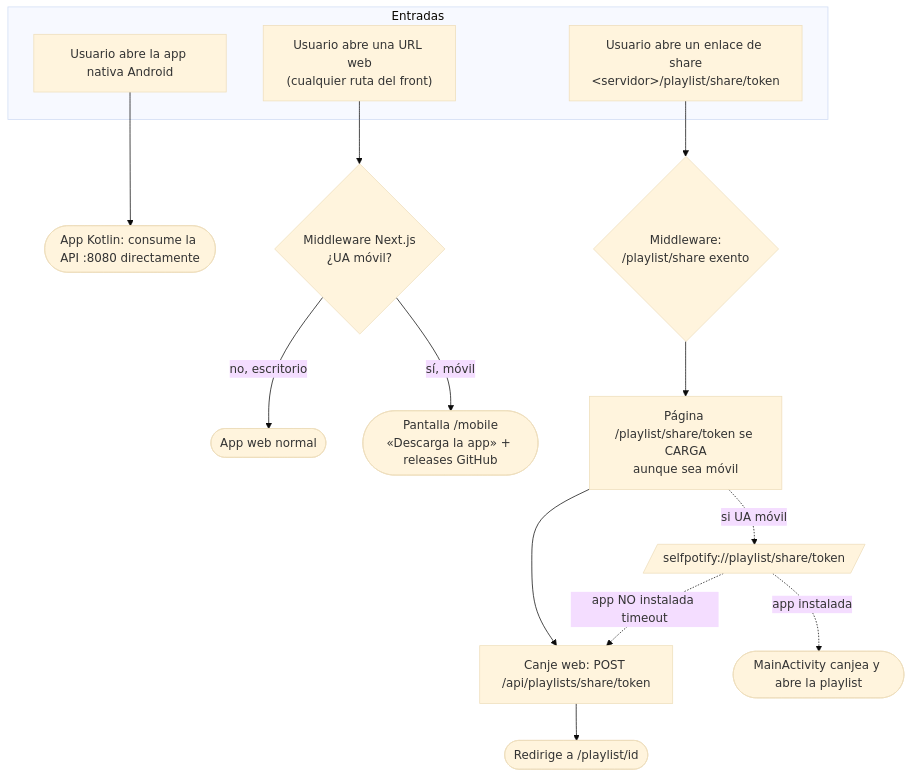
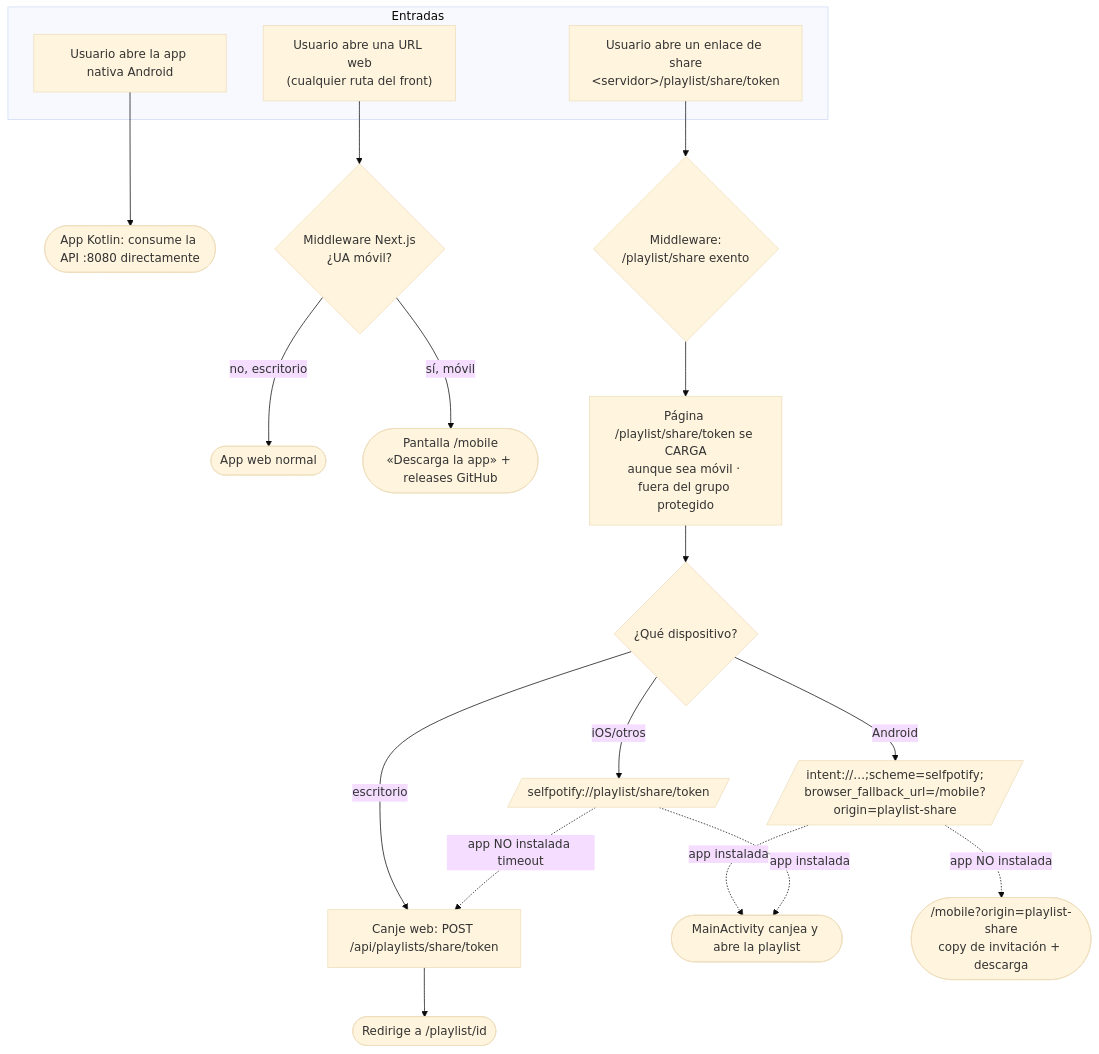
Before and after one commit to conguchu/selfpotify: diagram 14 of 33 in README.md, drawn with Mermaid (base theme). The commit also changed other lines of this file, not shown here.

Commit message:
docs: documentar intent android y fallback /mobile del deep link de share

````diff
--- a/README.md
+++ b/README.md
@@ -800,23 +822,29 @@
 ```mermaid
 flowchart TD
     subgraph Entradas
         A[Usuario abre la app nativa Android]
         B["Usuario abre una URL web<br/>(cualquier ruta del front)"]
         C["Usuario abre un enlace de share<br/>&lt;servidor&gt;/playlist/share/token"]
     end
 
     A --> AppNative([App Kotlin: consume la API :8080 directamente])
 
     B --> MW{Middleware Next.js<br/>¿UA móvil?}
     MW -- no, escritorio --> Web([App web normal])
     MW -- sí, móvil --> MobPage([Pantalla /mobile<br/>«Descarga la app» + releases GitHub])
 
     C --> MW2{Middleware:<br/>/playlist/share exento}
-    MW2 --> SharePage[Página /playlist/share/token se CARGA<br/>aunque sea móvil]
-    SharePage --> Redeem[Canje web: POST /api/playlists/share/token]
+    MW2 --> SharePage["Página /playlist/share/token se CARGA<br/>aunque sea móvil · fuera del grupo protegido"]
+    SharePage --> Plat{¿Qué dispositivo?}
+
+    Plat -- escritorio --> Redeem[Canje web: POST /api/playlists/share/token]
     Redeem --> PL([Redirige a /playlist/id])
 
-    SharePage -. si UA móvil .-> Deep[/"selfpotify://playlist/share/token"/]
-    Deep -. app instalada .-> AppRedeem([MainActivity canjea y abre la playlist])
+    Plat -- Android --> Intent[/"intent://…;scheme=selfpotify;<br/>browser_fallback_url=/mobile?origin=playlist-share"/]
+    Intent -. app instalada .-> AppRedeem([MainActivity canjea y abre la playlist])
+    Intent -. app NO instalada .-> MobInvite([/mobile?origin=playlist-share<br/>copy de invitación + descarga])
+
+    Plat -- iOS/otros --> Deep[/"selfpotify://playlist/share/token"/]
+    Deep -. app instalada .-> AppRedeem
     Deep -. app NO instalada timeout .-> Redeem
 ```
````
